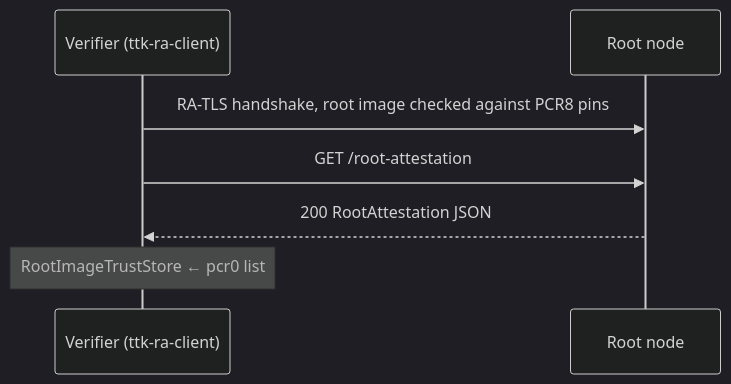
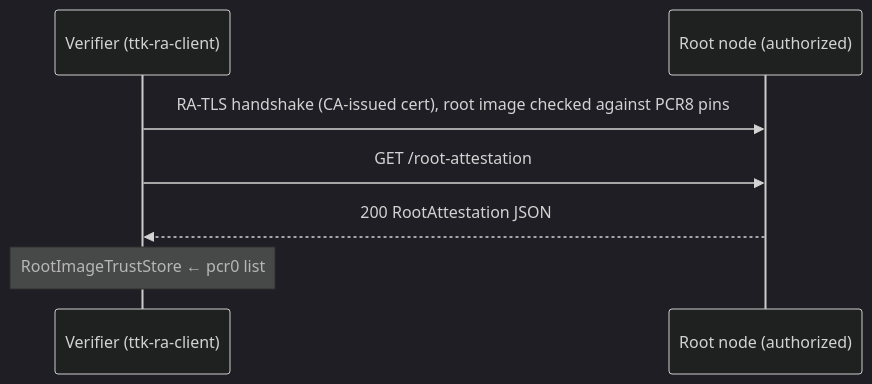
One commit to Lanetus/TTKServer changed the first of 2 diagrams in docs/src/root.md. Above: the diagram before and after it, drawn with Mermaid (dark theme). The commit also changed other lines of this file and 14 other files, not shown here.

First line of the commit message:
feat: update the mdBook architecture docs to the current workspace (#94)

````diff
--- a/docs/src/root.md
+++ b/docs/src/root.md
@@ -40,9 +46,9 @@
 ```mermaid
 sequenceDiagram
     participant V as Verifier (ttk-ra-client)
-    participant R as Root node
-    V->>R: RA-TLS handshake, root image checked against PCR8 pins
+    participant R as Root node (authorized)
+    V->>R: RA-TLS handshake (CA-issued cert), root image checked against PCR8 pins
     V->>R: GET /root-attestation
     R-->>V: 200 RootAttestation JSON
     Note over V: RootImageTrustStore ← pcr0 list
 ```
````
